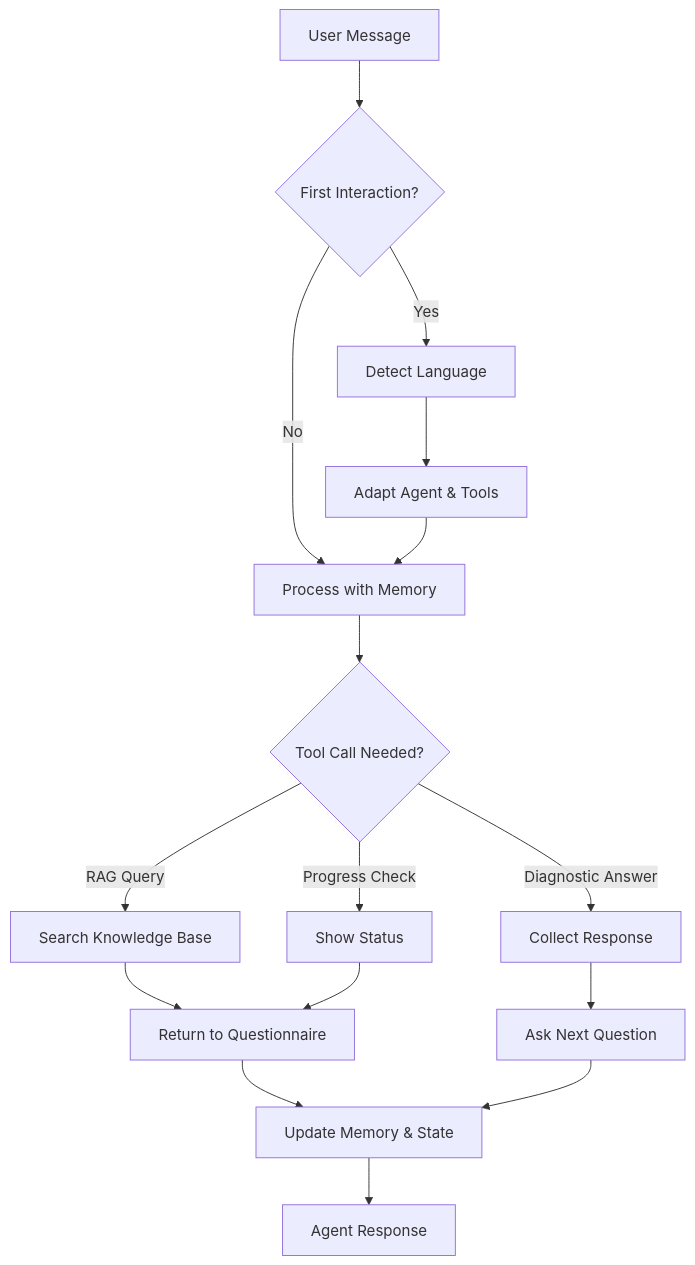
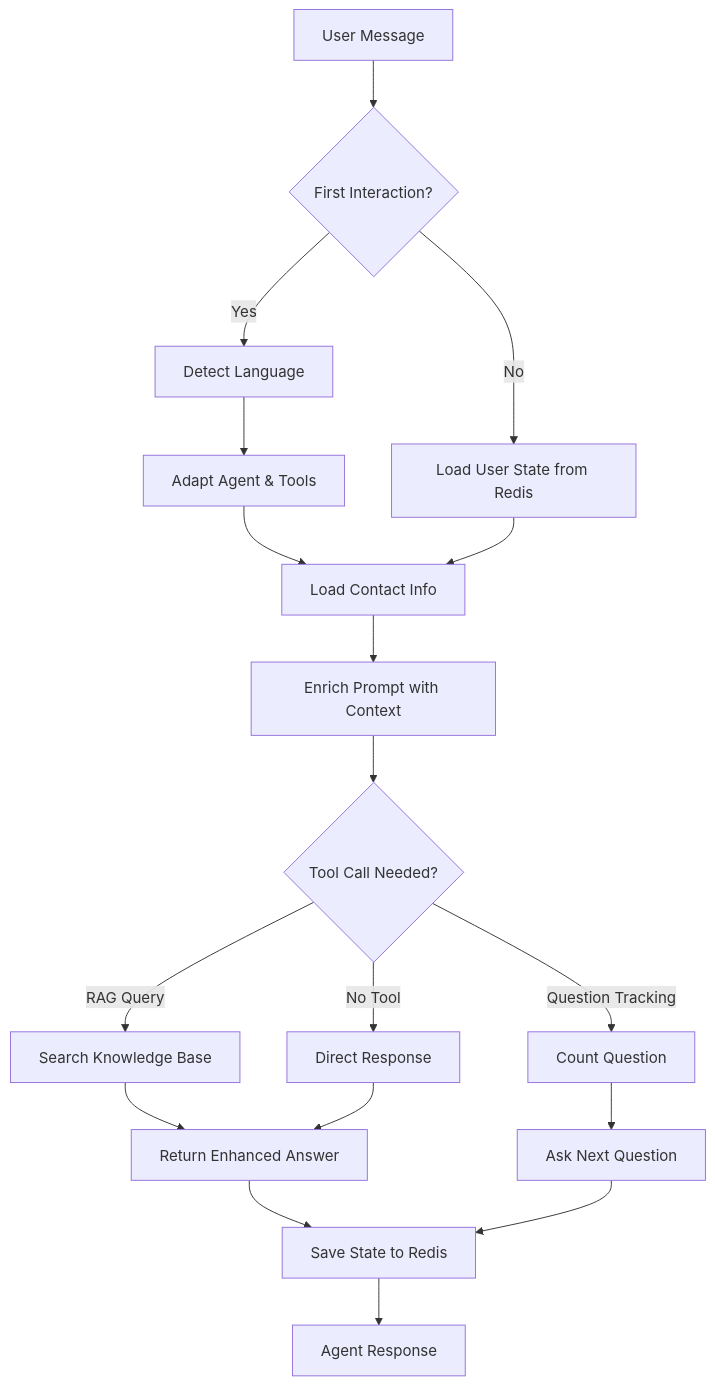
Before and after one commit to Mincaai-cci-col/CCI_colombia_agent: the diagram in README.md, drawn with Mermaid. The commit also changed other lines of this file and 27 other files, not shown here.

````diff
--- a/README.md
+++ b/README.md
@@ -190,18 +274,20 @@
 ```mermaid
 graph TD
     A[User Message] --> B{First Interaction?}
     B -->|Yes| C[Detect Language]
-    B -->|No| D[Process with Memory]
+    B -->|No| D[Load User State from Redis]
     C --> E[Adapt Agent & Tools]
-    E --> D
-    D --> F{Tool Call Needed?}
-    F -->|RAG Query| G[Search Knowledge Base]
-    F -->|Diagnostic Answer| H[Collect Response]
-    F -->|Progress Check| I[Show Status]
-    G --> J[Return to Questionnaire]
-    H --> K[Ask Next Question]
-    I --> J
-    J --> L[Update Memory & State]
+    E --> F[Load Contact Info]
+    D --> F
+    F --> G[Enrich Prompt with Context]
+    G --> H{Tool Call Needed?}
+    H -->|RAG Query| I[Search Knowledge Base]
+    H -->|Question Tracking| J[Count Question]
+    H -->|No Tool| K[Direct Response]
+    I --> L[Return Enhanced Answer]
+    J --> M[Ask Next Question]
     K --> L
-    L --> M[Agent Response]
+    L --> N[Save State to Redis]
+    M --> N
+    N --> O[Agent Response]
 ```
````
